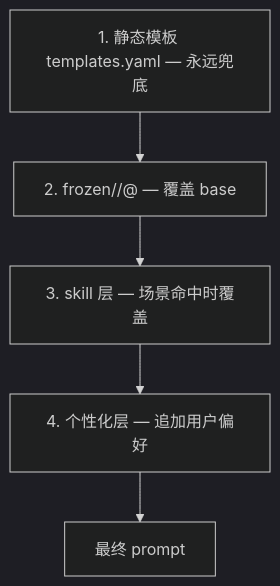
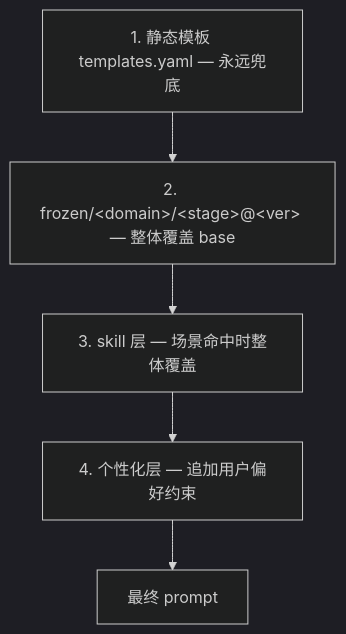
Before and after one commit to DemonDamon/AgenticX-LongTextSummarizer: the seventh of 7 diagrams in README.md, drawn with Mermaid (dark theme). The commit also changed other lines of this file and 6 other files, not shown here.

````diff
--- a/README.md
+++ b/README.md
@@ -546,8 +310,8 @@
 ```mermaid
 flowchart TB
     BASE["1. 静态模板 templates.yaml — 永远兜底"]
-    FROZEN["2. frozen/<domain>/<stage>@<ver> — 覆盖 base"]
-    SKILL["3. skill 层 — 场景命中时覆盖"]
-    PERS["4. 个性化层 — 追加用户偏好"]
+    FROZEN["2. frozen/&lt;domain&gt;/&lt;stage&gt;@&lt;ver&gt; — 整体覆盖 base"]
+    SKILL["3. skill 层 — 场景命中时整体覆盖"]
+    PERS["4. 个性化层 — 追加用户偏好约束"]
     BASE --> FROZEN --> SKILL --> PERS --> FINAL["最终 prompt"]
 ```
````
